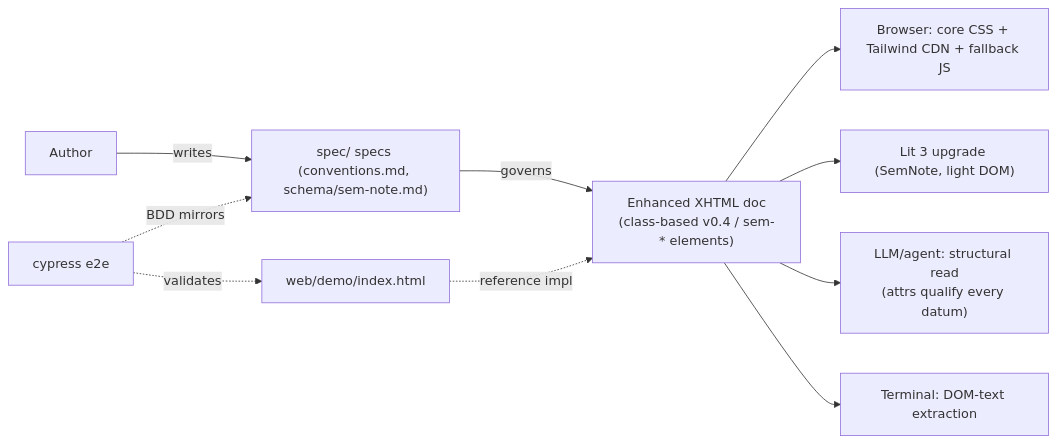
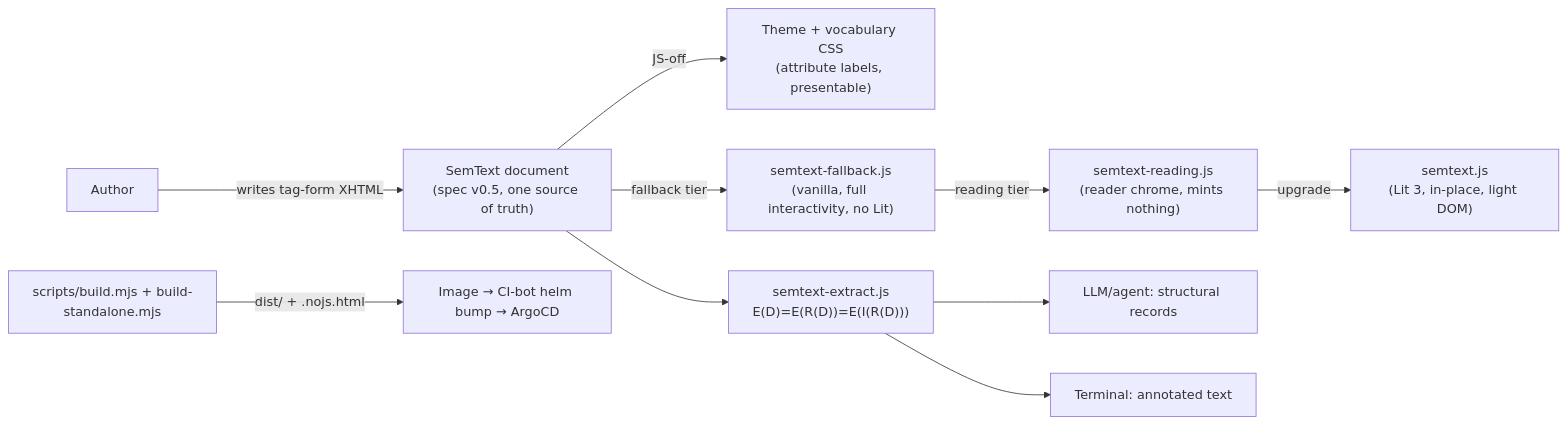
Before and after one commit to noizu-labs-ml/npl-enhanced-content: the diagram in docs/PROJ-ARCH.md, drawn with Mermaid. The commit also changed other lines of this file and 6 other files, not shown here.

First line of the commit message:
docs(arch): refresh PROJ-ARCH to merged develop — three-tier bundles, extraction invariant, v0.5 tag form

````diff
--- a/docs/PROJ-ARCH.md
+++ b/docs/PROJ-ARCH.md
@@ -16,12 +20,12 @@
 ```mermaid
 graph LR
-    A[Author] -->|writes| S["spec/ specs (conventions.md, schema/sem-note.md)"]
-    S -->|governs| D["Enhanced XHTML doc<br/>(class-based v0.4 / sem-* elements)"]
-    D --> B["Browser: core CSS + Tailwind CDN + fallback JS"]
-    D --> L["Lit 3 upgrade (SemNote, light DOM)"]
-    D --> M["LLM/agent: structural read<br/>(attrs qualify every datum)"]
-    D --> T["Terminal: DOM-text extraction"]
-    C["web/demo/index.html"] -.reference impl.-> D
-    E["cypress e2e"] -.validates.-> C
-    E -.BDD mirrors.-> S
+    A[Author] -->|writes tag-form XHTML| D["SemText document<br/>(spec v0.5, one source of truth)"]
+    D -->|"JS-off"| F["Theme + vocabulary CSS<br/>(attribute labels, presentable)"]
+    D -->|"fallback tier"| FB["semtext-fallback.js<br/>(vanilla, full interactivity, no Lit)"]
+    FB -->|"reading tier"| RD["semtext-reading.js<br/>(reader chrome, mints nothing)"]
+    RD -->|"upgrade"| LIT["semtext.js<br/>(Lit 3, in-place, light DOM)"]
+    D --> X["semtext-extract.js<br/>E(D)=E(R(D))=E(I(R(D)))"]
+    X --> AG["LLM/agent: structural records"]
+    X --> TX["Terminal: annotated text"]
+    B["scripts/build.mjs + build-standalone.mjs"] -->|"dist/ + .nojs.html"| H["Image → CI-bot helm bump → ArgoCD"]
 ```
````
